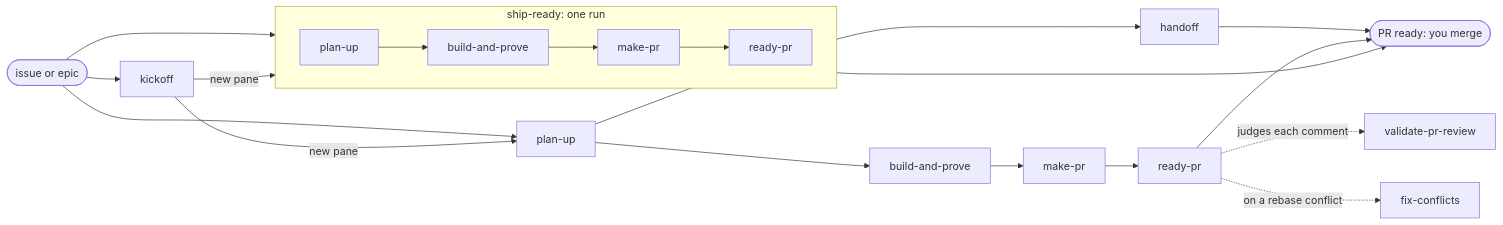
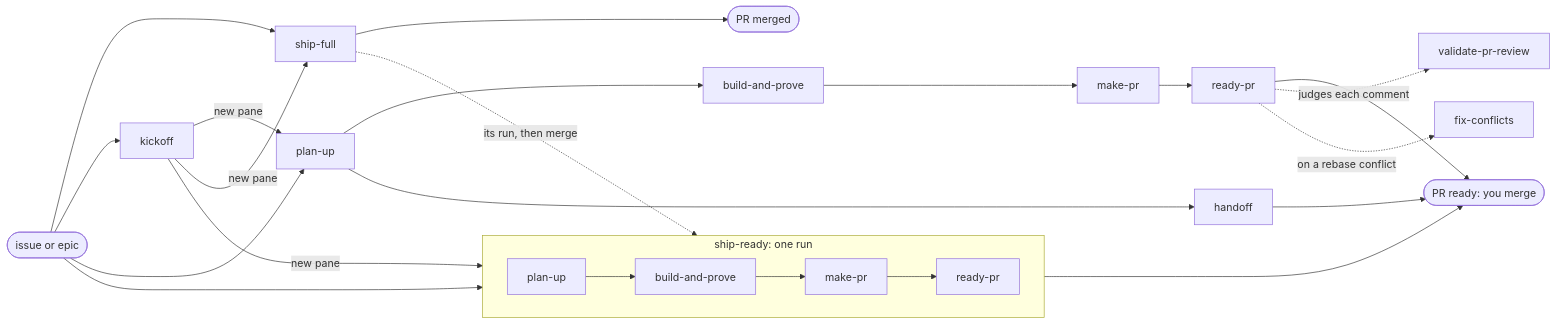
One commit to linhvu0711/skills changed the second of 2 diagrams in README.md. Above: the diagram before and after it, drawn with Mermaid. The commit also changed other lines of this file and 12 other files, not shown here.

First line of the commit message:
feat(ship-full): merge each ready PR after the ship-ready run

````diff
--- a/README.md
+++ b/README.md
@@ -36,19 +36,23 @@
 ```mermaid
 flowchart LR
   ticket([issue or epic]) --> shipready
+  ticket --> shipfull[ship-full]
   ticket --> kickoff
   ticket --> planup[plan-up]
   kickoff -->|new pane| planup
   kickoff -->|new pane| shipready
+  kickoff -->|new pane| shipfull
   subgraph shipready [ship-ready: one run]
     direction LR
     sp[plan-up] --> sb[build-and-prove] --> sm[make-pr] --> sr[ready-pr]
   end
   planup --> bp[build-and-prove] --> makepr[make-pr] --> readypr[ready-pr]
   planup --> ho[handoff]
   shipready --> done([PR ready: you merge])
+  shipfull -.->|its run, then merge| shipready
+  shipfull --> merged([PR merged])
   ho --> done
   readypr --> done
   readypr -.->|judges each comment| vpr[validate-pr-review]
   readypr -.->|on a rebase conflict| fc[fix-conflicts]
 ```
````
